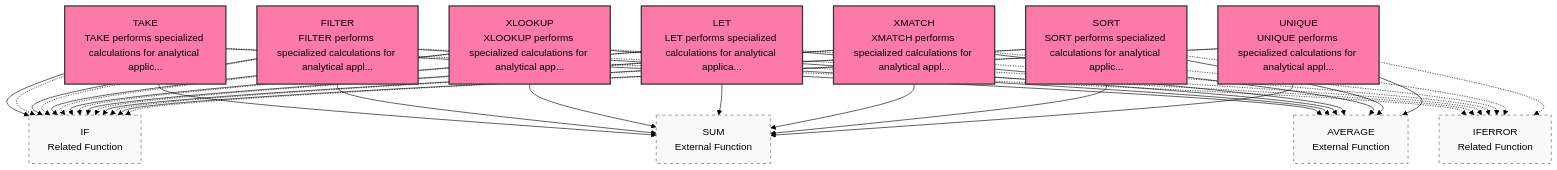
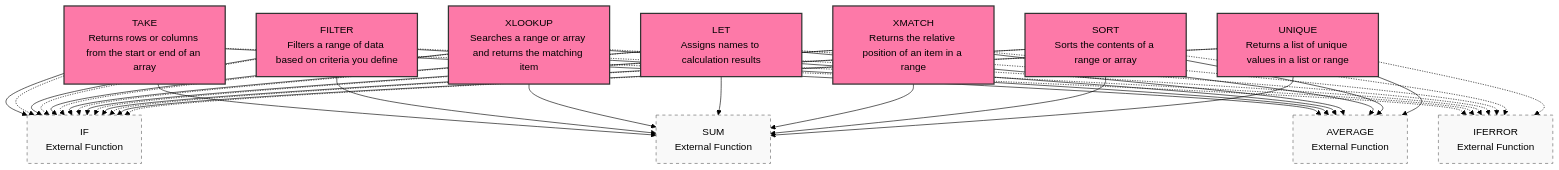
The diagram in Diagrams/Dynamic_Arrays_diagram.md (klappe-pm/Spreadsheet-Functions), drawn with Mermaid (forest theme) before and after one commit. The commit also changed other lines of this file and 15 other files, not shown here.

First line of the commit message:
Review Engineering, Financial, Cube and array diagrams

````diff
--- a/Diagrams/Dynamic_Arrays_diagram.md
+++ b/Diagrams/Dynamic_Arrays_diagram.md
@@ -5,13 +46,13 @@
 ```mermaid
 graph TD
     classDef DynamicArrays fill:#FD79A8,stroke:#333,stroke-width:2px,color:#000
-    TAKE["TAKE<br/>TAKE performs specialized calculations for analytical applic..."]
-    FILTER["FILTER<br/>FILTER performs specialized calculations for analytical appl..."]
-    XLOOKUP["XLOOKUP<br/>XLOOKUP performs specialized calculations for analytical app..."]
-    LET["LET<br/>LET performs specialized calculations for analytical applica..."]
-    XMATCH["XMATCH<br/>XMATCH performs specialized calculations for analytical appl..."]
-    SORT["SORT<br/>SORT performs specialized calculations for analytical applic..."]
-    UNIQUE["UNIQUE<br/>UNIQUE performs specialized calculations for analytical appl..."]
+    TAKE["TAKE<br/>Returns rows or columns from the start or end of an array"]
+    FILTER["FILTER<br/>Filters a range of data based on criteria you define"]
+    XLOOKUP["XLOOKUP<br/>Searches a range or array and returns the matching item"]
+    LET["LET<br/>Assigns names to calculation results"]
+    XMATCH["XMATCH<br/>Returns the relative position of an item in a range"]
+    SORT["SORT<br/>Sorts the contents of a range or array"]
+    UNIQUE["UNIQUE<br/>Returns a list of unique values in a list or range"]
     IF["IF<br/>External Function"]
     TAKE --> IF
     class IF external
@@ -21,10 +62,10 @@
     AVERAGE["AVERAGE<br/>External Function"]
     TAKE --> AVERAGE
     class AVERAGE external
-    IF["IF<br/>Related Function"]
+    IF["IF<br/>External Function"]
     TAKE -.-> IF
     class IF external
-    IFERROR["IFERROR<br/>Related Function"]
+    IFERROR["IFERROR<br/>External Function"]
     TAKE -.-> IFERROR
     class IFERROR external
     IF["IF<br/>External Function"]
@@ -36,10 +77,10 @@
     AVERAGE["AVERAGE<br/>External Function"]
     FILTER --> AVERAGE
     class AVERAGE external
-    IF["IF<br/>Related Function"]
+    IF["IF<br/>External Function"]
     FILTER -.-> IF
     class IF external
-    IFERROR["IFERROR<br/>Related Function"]
+    IFERROR["IFERROR<br/>External Function"]
     FILTER -.-> IFERROR
     class IFERROR external
     IF["IF<br/>External Function"]
@@ -51,10 +92,10 @@
     AVERAGE["AVERAGE<br/>External Function"]
     XLOOKUP --> AVERAGE
     class AVERAGE external
-    IF["IF<br/>Related Function"]
+    IF["IF<br/>External Function"]
     XLOOKUP -.-> IF
     class IF external
-    IFERROR["IFERROR<br/>Related Function"]
+    IFERROR["IFERROR<br/>External Function"]
     XLOOKUP -.-> IFERROR
     class IFERROR external
     IF["IF<br/>External Function"]
@@ -66,10 +107,10 @@
     AVERAGE["AVERAGE<br/>External Function"]
     LET --> AVERAGE
     class AVERAGE external
-    IF["IF<br/>Related Function"]
+    IF["IF<br/>External Function"]
     LET -.-> IF
     class IF external
-    IFERROR["IFERROR<br/>Related Function"]
+    IFERROR["IFERROR<br/>External Function"]
     LET -.-> IFERROR
     class IFERROR external
     IF["IF<br/>External Function"]
@@ -81,10 +122,10 @@
     AVERAGE["AVERAGE<br/>External Function"]
     XMATCH --> AVERAGE
     class AVERAGE external
-    IF["IF<br/>Related Function"]
+    IF["IF<br/>External Function"]
     XMATCH -.-> IF
     class IF external
-    IFERROR["IFERROR<br/>Related Function"]
+    IFERROR["IFERROR<br/>External Function"]
     XMATCH -.-> IFERROR
     class IFERROR external
     IF["IF<br/>External Function"]
@@ -96,10 +137,10 @@
     AVERAGE["AVERAGE<br/>External Function"]
     SORT --> AVERAGE
     class AVERAGE external
-    IF["IF<br/>Related Function"]
+    IF["IF<br/>External Function"]
     SORT -.-> IF
     class IF external
-    IFERROR["IFERROR<br/>Related Function"]
+    IFERROR["IFERROR<br/>External Function"]
     SORT -.-> IFERROR
     class IFERROR external
     IF["IF<br/>External Function"]
@@ -111,10 +152,10 @@
     AVERAGE["AVERAGE<br/>External Function"]
     UNIQUE --> AVERAGE
     class AVERAGE external
-    IF["IF<br/>Related Function"]
+    IF["IF<br/>External Function"]
     UNIQUE -.-> IF
     class IF external
-    IFERROR["IFERROR<br/>Related Function"]
+    IFERROR["IFERROR<br/>External Function"]
     UNIQUE -.-> IFERROR
     class IFERROR external
     class TAKE DynamicArrays
````
